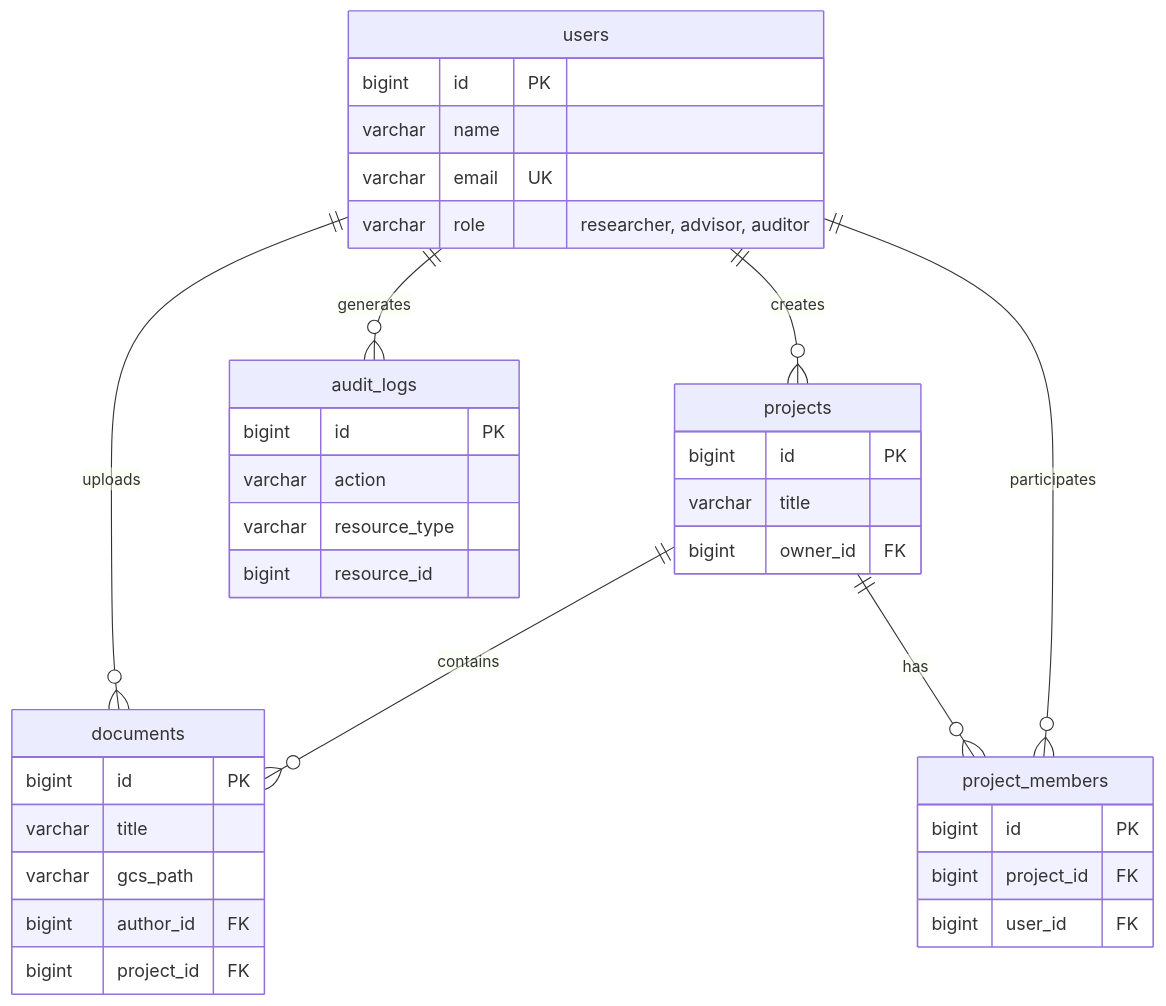
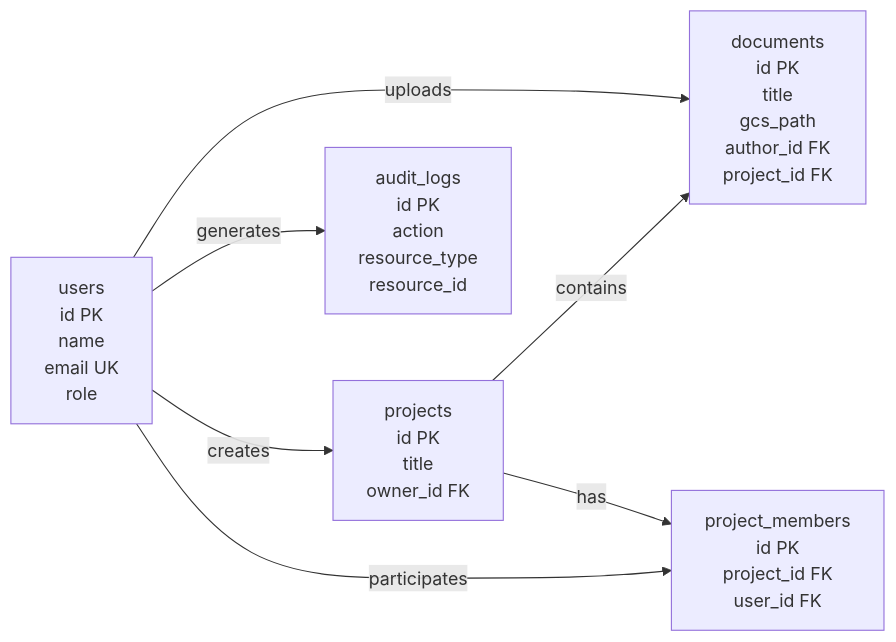
One commit to pedrohpsantos/EdTech changed the diagram in docs/arquitetura/dados.md. Above: the diagram before and after it, drawn with Mermaid. The commit also changed 11 other files, not shown here.

Commit message:
refactor: update project documentation with standardized Mermaid diagrams and improved CSS styling

````diff
--- a/docs/arquitetura/dados.md
+++ b/docs/arquitetura/dados.md
@@ -7,39 +7,16 @@
 ```mermaid
-erDiagram
-    users ||--o{ documents : "uploads"
-    users ||--o{ projects : "creates"
-    users ||--o{ audit_logs : "generates"
-    projects ||--o{ documents : "contains"
-    projects ||--o{ project_members : "has"
-    users ||--o{ project_members : "participates"
+flowchart LR
+    %%{init: {"flowchart": {"nodeSpacing": 60, "rankSpacing": 80}}}%%
+    U["users<br>id PK<br>name<br>email UK<br>role"]
+    P["projects<br>id PK<br>title<br>owner_id FK"]
+    PM["project_members<br>id PK<br>project_id FK<br>user_id FK"]
+    D["documents<br>id PK<br>title<br>gcs_path<br>author_id FK<br>project_id FK"]
+    AL["audit_logs<br>id PK<br>action<br>resource_type<br>resource_id"]
 
-    users {
-        bigint id PK
-        varchar name
-        varchar email UK
-        varchar role "researcher, advisor, auditor"
-    }
-    projects {
-        bigint id PK
-        varchar title
-        bigint owner_id FK
-    }
-    project_members {
-        bigint id PK
-        bigint project_id FK
-        bigint user_id FK
-    }
-    documents {
-        bigint id PK
-        varchar title
-        varchar gcs_path
-        bigint author_id FK
-        bigint project_id FK
-    }
-    audit_logs {
-        bigint id PK
-        varchar action
-        varchar resource_type
-        bigint resource_id
-    }
+    U -->|uploads| D
+    U -->|creates| P
+    U -->|generates| AL
+    P -->|contains| D
+    P -->|has| PM
+    U -->|participates| PM
 ```
````
